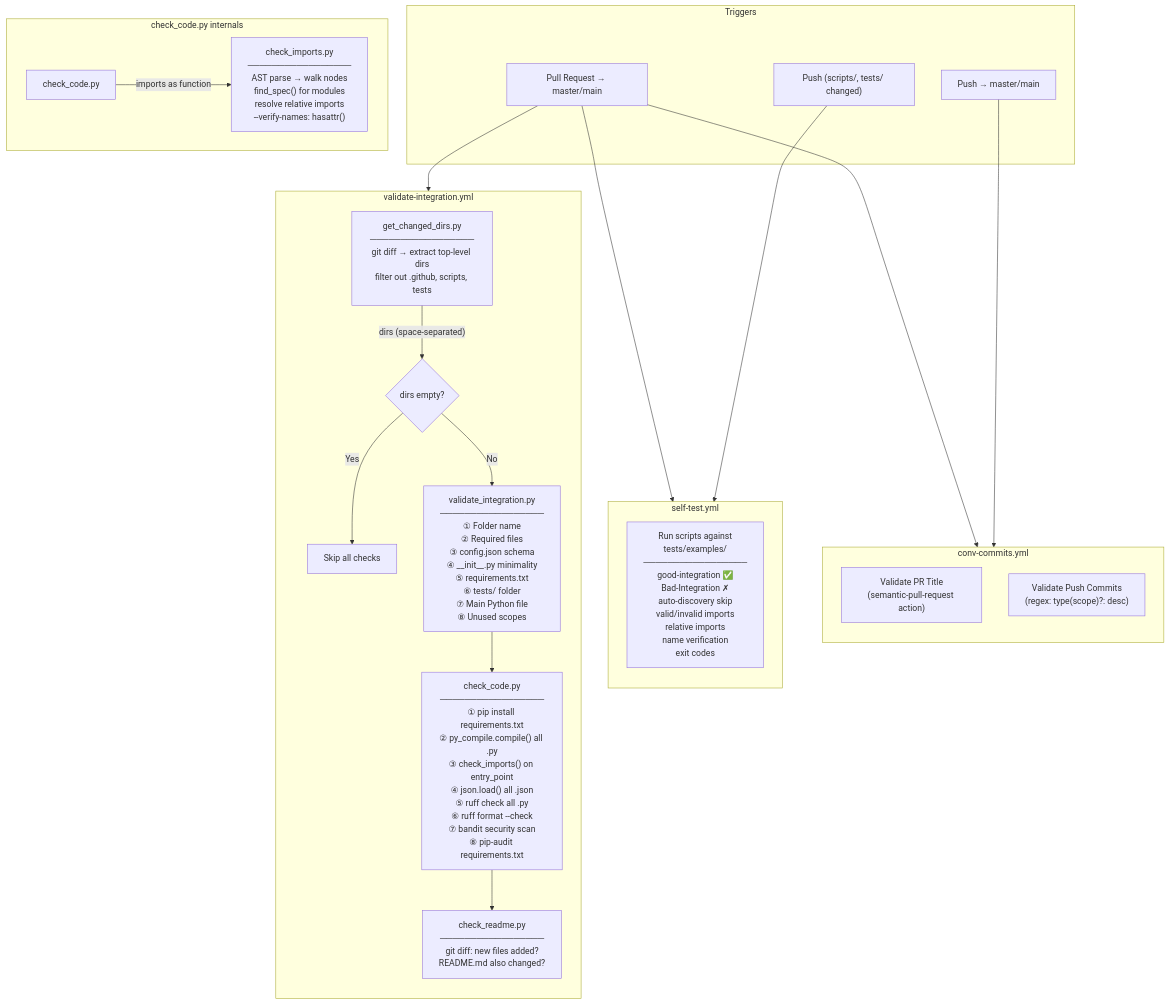
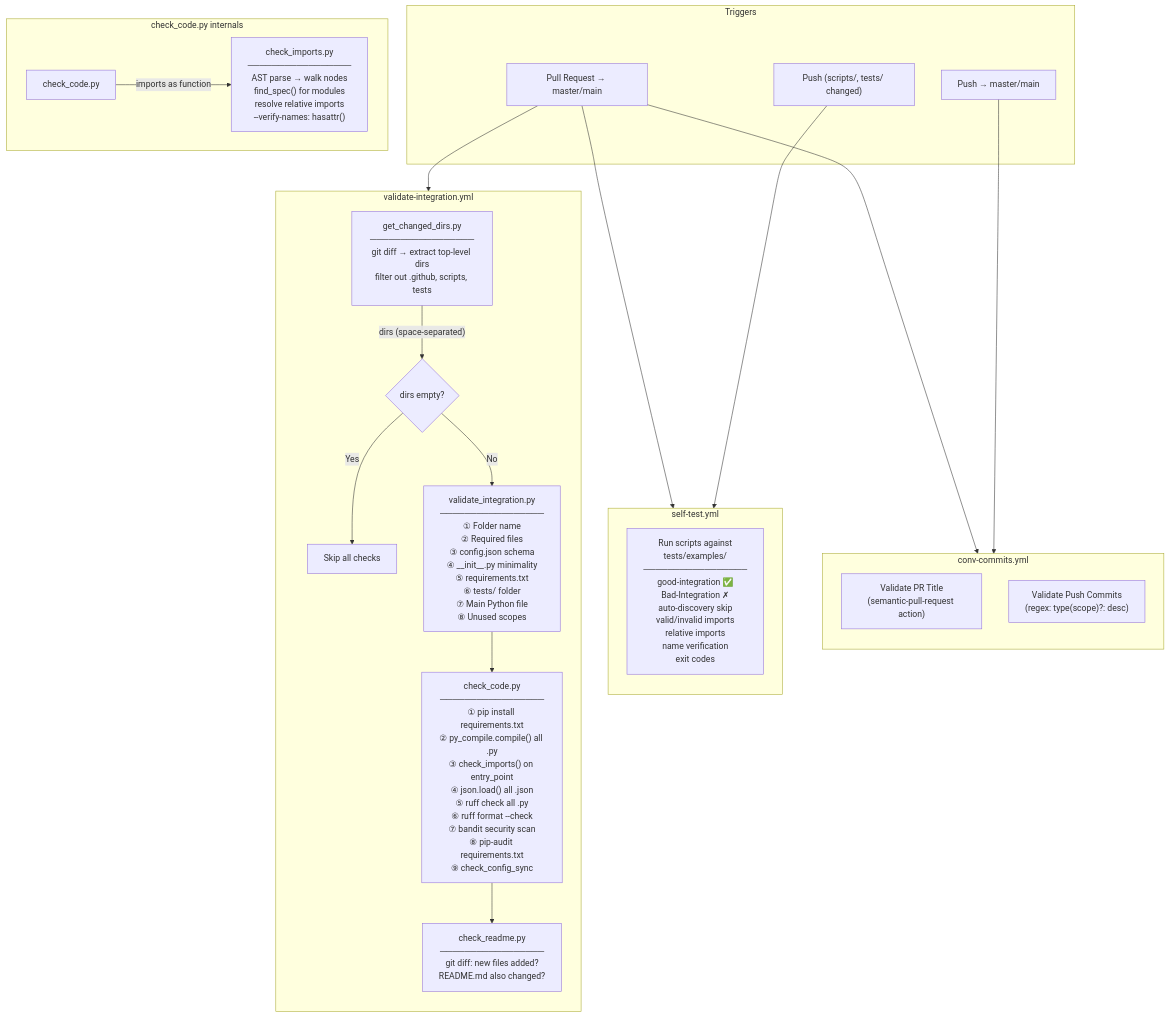
Before and after one commit to Autohive-AI/autohive-integrations-tooling: the diagram in README.md, drawn with Mermaid. The commit also changed other lines of this file and 7 other files, not shown here.

Commit message:
feat: add config-code sync checker (check_config_sync.py)

````diff
--- a/README.md
+++ b/README.md
@@ -27,40 +28,40 @@
 ```mermaid
 flowchart TB
     subgraph triggers["Triggers"]
         PR["Pull Request → master/main"]
         PUSH_SCRIPTS["Push (scripts/, tests/ changed)"]
         PUSH_MAIN["Push → master/main"]
     end
 
     subgraph wf1["validate-integration.yml"]
         direction TB
         GCD["get_changed_dirs.py\n─────────────────\ngit diff → extract top-level dirs\nfilter out .github, scripts, tests"]
         GCD -->|"dirs (space-separated)"| COND{dirs empty?}
         COND -->|Yes| SKIP[Skip all checks]
         COND -->|No| VI["validate_integration.py\n─────────────────\n① Folder name\n② Required files\n③ config.json schema\n④ __init__.py minimality\n⑤ requirements.txt\n⑥ tests/ folder\n⑦ Main Python file\n⑧ Unused scopes"]
-        VI --> CC["check_code.py\n─────────────────\n① pip install requirements.txt\n② py_compile.compile() all .py\n③ check_imports() on entry_point\n④ json.load() all .json\n⑤ ruff check all .py\n⑥ ruff format --check\n⑦ bandit security scan\n⑧ pip-audit requirements.txt"]
+        VI --> CC["check_code.py\n─────────────────\n① pip install requirements.txt\n② py_compile.compile() all .py\n③ check_imports() on entry_point\n④ json.load() all .json\n⑤ ruff check all .py\n⑥ ruff format --check\n⑦ bandit security scan\n⑧ pip-audit requirements.txt\n⑨ check_config_sync"]
         CC --> CR["check_readme.py\n─────────────────\ngit diff: new files added?\nREADME.md also changed?"]
     end
 
     subgraph ci_detail["check_code.py internals"]
         direction LR
         CC2["check_code.py"] -->|"imports as function"| CI["check_imports.py\n─────────────────\nAST parse → walk nodes\nfind_spec() for modules\nresolve relative imports\n--verify-names: hasattr()"]
     end
 
     subgraph wf2["self-test.yml"]
         direction TB
         ST["Run scripts against\ntests/examples/\n─────────────────\ngood-integration ✅\nBad-Integration ✗\nauto-discovery skip\nvalid/invalid imports\nrelative imports\nname verification\nexit codes"]
     end
 
     subgraph wf3["conv-commits.yml"]
         direction TB
         PRT["Validate PR Title\n(semantic-pull-request action)"]
         CMT["Validate Push Commits\n(regex: type(scope)?: desc)"]
     end
 
     PR --> wf1
     PR --> wf2
     PR --> wf3
     PUSH_SCRIPTS --> wf2
     PUSH_MAIN --> wf3
 ```
````
